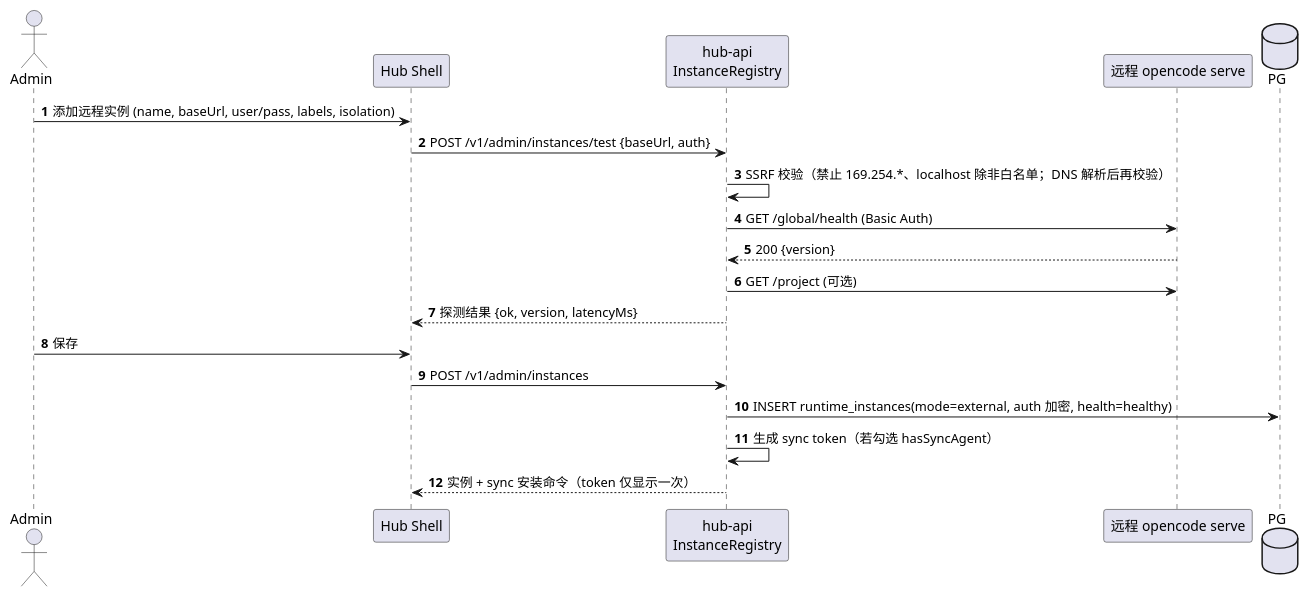
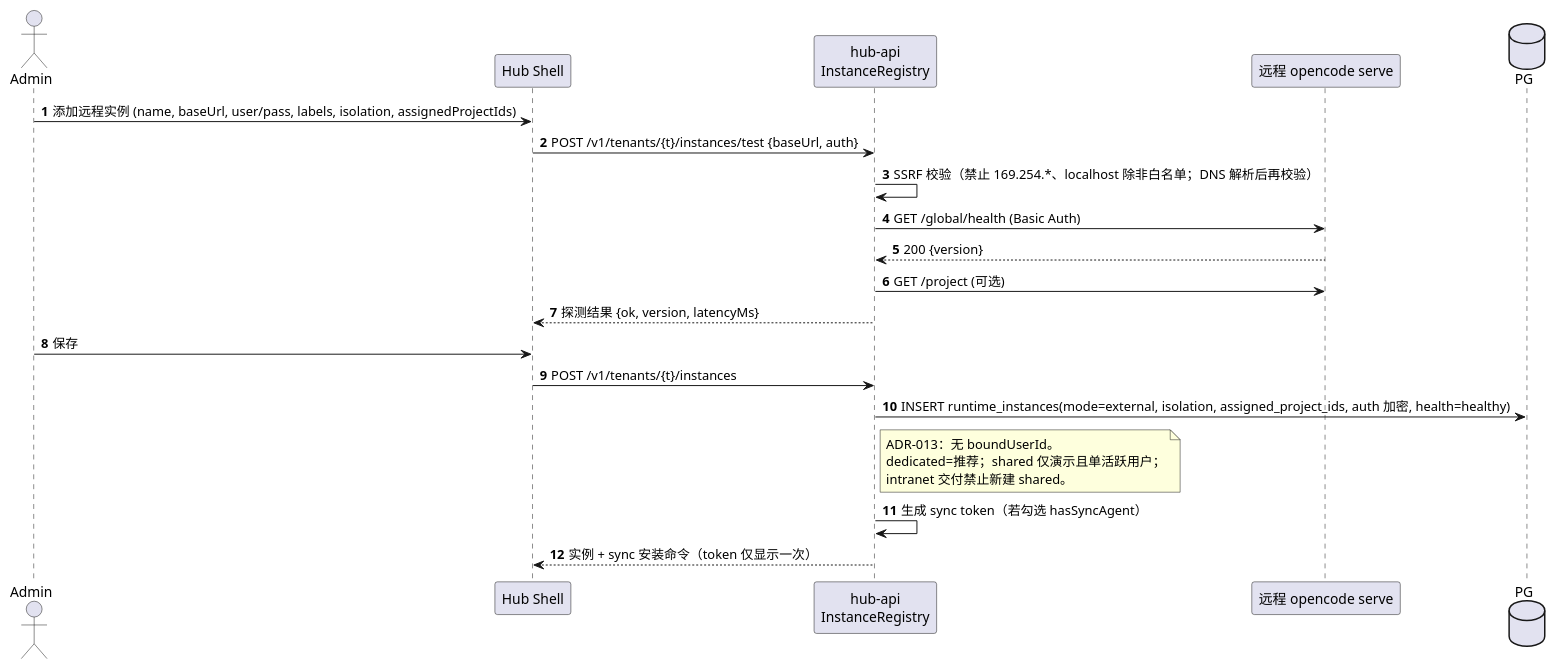
Before and after one commit to JackLuguibin/AgentHubEx: the first of 6 diagrams in docs/architecture/05-runtime-instances.md, drawn with PlantUML. The commit also changed other lines of this file and 19 other files, not shown here.

First line of the commit message:
docs: lock ADR-012/013/014 for workspace, external binding, roles

````diff
--- a/docs/architecture/05-runtime-instances.md
+++ b/docs/architecture/05-runtime-instances.md
@@ -15,23 +15,28 @@
 ```plantuml
 @startuml ext-register
 autonumber
 actor Admin
 participant "Hub Shell" as S
 participant "hub-api\nInstanceRegistry" as H
 participant "远程 opencode serve" as R
 database PG
 
-Admin -> S : 添加远程实例 (name, baseUrl, user/pass, labels, isolation)
-S -> H : POST /v1/admin/instances/test {baseUrl, auth}
+Admin -> S : 添加远程实例 (name, baseUrl, user/pass, labels, isolation, assignedProjectIds)
+S -> H : POST /v1/tenants/{t}/instances/test {baseUrl, auth}
 H -> H : SSRF 校验（禁止 169.254.*、localhost 除非白名单；DNS 解析后再校验）
 H -> R : GET /global/health (Basic Auth)
 R --> H : 200 {version}
 H -> R : GET /project (可选)
 H --> S : 探测结果 {ok, version, latencyMs}
 Admin -> S : 保存
-S -> H : POST /v1/admin/instances
-H -> PG : INSERT runtime_instances(mode=external, auth 加密, health=healthy)
+S -> H : POST /v1/tenants/{t}/instances
+H -> PG : INSERT runtime_instances(mode=external, isolation, assigned_project_ids, auth 加密, health=healthy)
+note right of H
+  ADR-013：无 boundUserId。
+  dedicated=推荐；shared 仅演示且单活跃用户；
+  intranet 交付禁止新建 shared。
+end note
 H -> H : 生成 sync token（若勾选 hasSyncAgent）
 H --> S : 实例 + sync 安装命令（token 仅显示一次）
 @enduml
 ```
````
